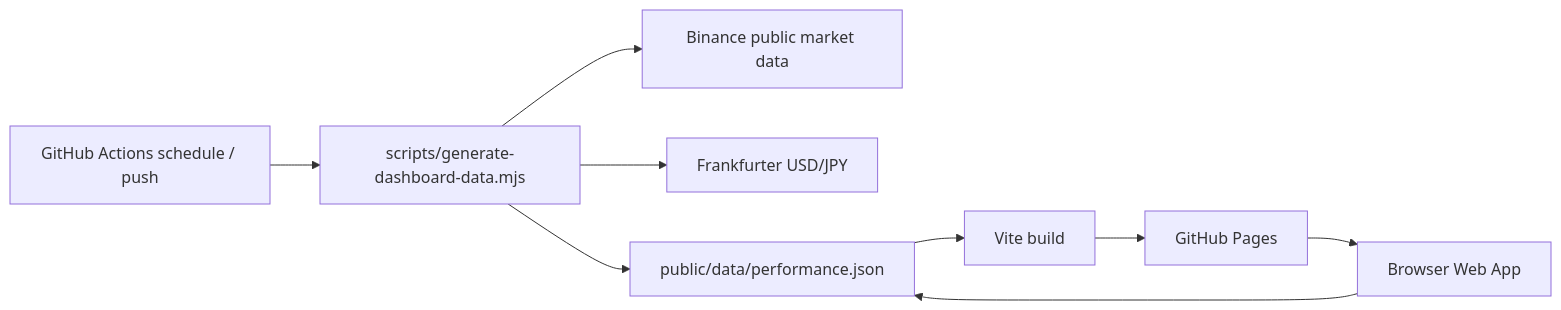
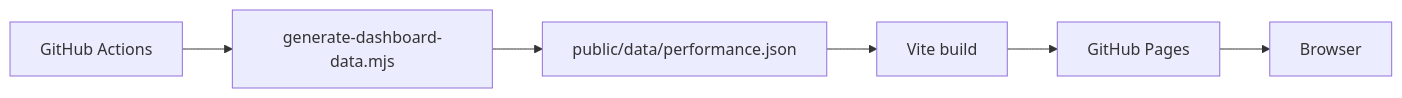
One commit to univcorp2-ctrl/crypto-auto-trade-sim changed the diagram in docs/architecture.md. Above: the diagram before and after it, drawn with Mermaid. The commit also changed other lines of this file, not shown here.

Commit message:
Fix web app and Pages deployment to working single-line-safe build

````diff
--- a/docs/architecture.md
+++ b/docs/architecture.md
@@ -5,11 +3,8 @@
 ```mermaid
 flowchart LR
-  A[GitHub Actions schedule / push] --> B[scripts/generate-dashboard-data.mjs]
-  B --> C[Binance public market data]
-  B --> D[Frankfurter USD/JPY]
-  B --> E[public/data/performance.json]
-  E --> F[Vite build]
-  F --> G[GitHub Pages]
-  G --> H[Browser Web App]
-  H --> E
+  A[GitHub Actions] --> B[generate-dashboard-data.mjs]
+  B --> C[public/data/performance.json]
+  C --> D[Vite build]
+  D --> E[GitHub Pages]
+  E --> F[Browser]
 ```
````
